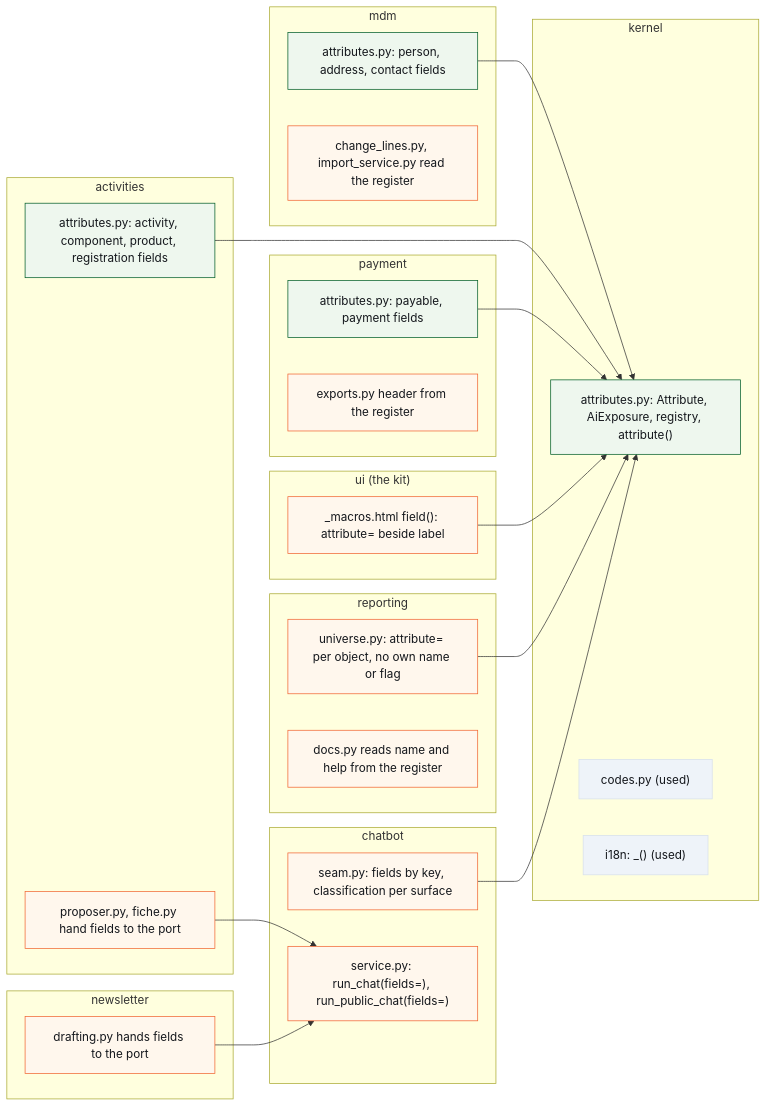
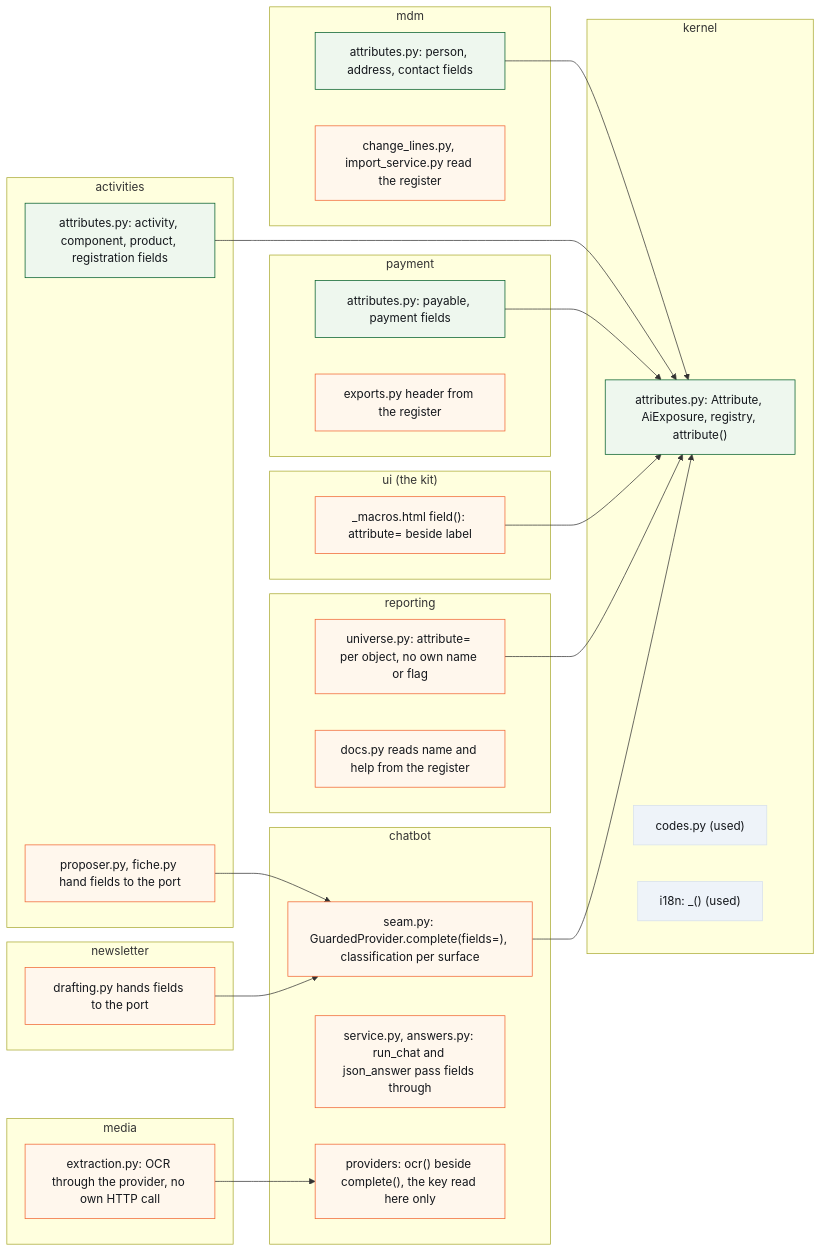
One commit to KoenRenders/KoenTest changed the fourth of 5 diagrams in docs/change_request_33_attribute_register.md. Above: the diagram before and after it, drawn with Mermaid. The commit also changed other lines of this file, not shown here.

First line of the commit message:
docs(cr-33): the build read of dev2 taken in; Koen's answers on the levels, the port, OCR and organisations (15 October 2026)

````diff
--- a/docs/change_request_33_attribute_register.md
+++ b/docs/change_request_33_attribute_register.md
@@ -219,48 +222,53 @@
 ```mermaid
 flowchart LR
   subgraph kernel["kernel"]
     KA["attributes.py: Attribute, AiExposure, registry, attribute()"]
     KC["codes.py (used)"]
     KI["i18n: _() (used)"]
   end
   subgraph ui["ui (the kit)"]
     UF["_macros.html field(): attribute= beside label"]
   end
   subgraph mdm["mdm"]
     MA["attributes.py: person, address, contact fields"]
     MC["change_lines.py, import_service.py read the register"]
   end
   subgraph act["activities"]
     AA["attributes.py: activity, component, product, registration fields"]
     AP["proposer.py, fiche.py hand fields to the port"]
   end
   subgraph pay["payment"]
     PA["attributes.py: payable, payment fields"]
     PE["exports.py header from the register"]
   end
   subgraph rep["reporting"]
     RU["universe.py: attribute= per object, no own name or flag"]
     RD["docs.py reads name and help from the register"]
   end
   subgraph chat["chatbot"]
-    CS["seam.py: fields by key, classification per surface"]
-    CR["service.py: run_chat(fields=), run_public_chat(fields=)"]
+    CS["seam.py: GuardedProvider.complete(fields=), classification per surface"]
+    CR["service.py, answers.py: run_chat and json_answer pass fields through"]
+    CP["providers: ocr() beside complete(), the key read here only"]
   end
   subgraph nl["newsletter"]
     ND["drafting.py hands fields to the port"]
+  end
+  subgraph media["media"]
+    ME["extraction.py: OCR through the provider, no own HTTP call"]
   end
   MA --> KA
   AA --> KA
   PA --> KA
   UF --> KA
   RU --> KA
   CS --> KA
-  AP --> CR
-  ND --> CR
+  AP --> CS
+  ND --> CS
+  ME --> CP
   classDef new fill:#eef7ee,stroke:#005d29,color:#14171c;
   classDef changed fill:#fff7ed,stroke:#f16532,color:#14171c;
   classDef unchanged fill:#eef3f9,stroke:#d7e0ec,color:#14171c;
   class KA,MA,AA,PA new
-  class UF,MC,AP,PE,RU,RD,CS,CR,ND changed
+  class UF,MC,AP,PE,RU,RD,CS,CR,CP,ND,ME changed
   class KC,KI unchanged
 ```
````
